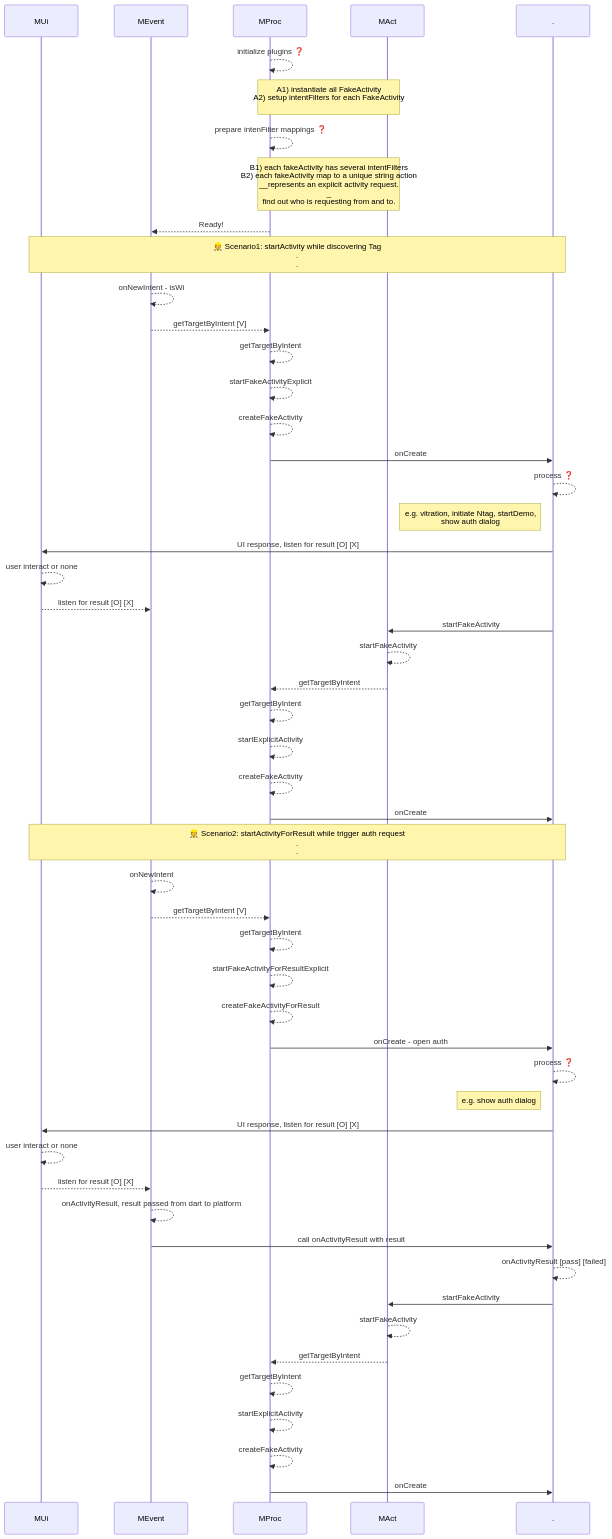
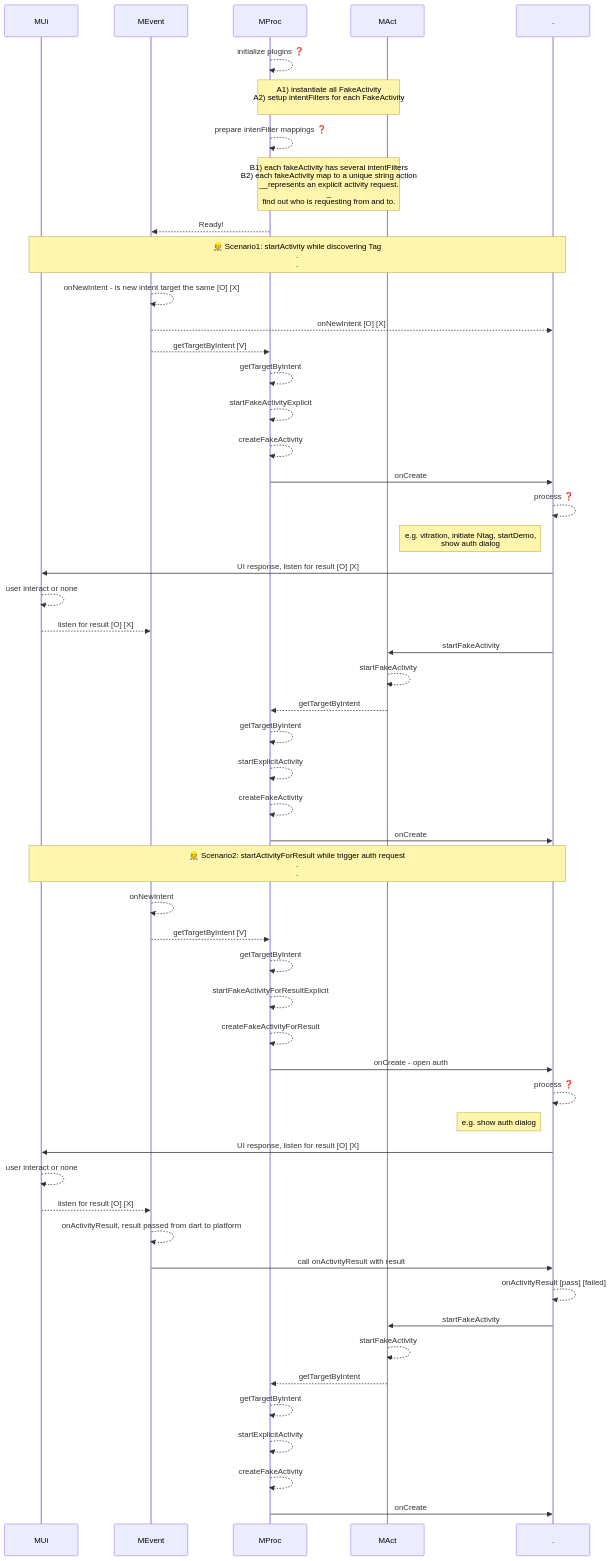
Before and after one commit to gordianknotC/nxp_note: the third of 7 diagrams in flutter/android_to_flutter.md, drawn with Mermaid. The commit also changed other lines of this file, not shown here.

````diff
--- a/flutter/android_to_flutter.md
+++ b/flutter/android_to_flutter.md
@@ -52,65 +52,66 @@
 ```mermaid
 sequenceDiagram
 participant MUi
 participant MEvent
 participant MProc
 participant MAct
 participant .
 
 MProc-->>MProc: initialize plugins ❓
 Note over MProc,MAct: A1) instantiate all FakeActivity<br>A2) setup intentFilters for each FakeActivity<br>
 
 MProc-->>MProc: prepare intenFilter mappings ❓
 
 Note over MProc, MAct: B1) each fakeActivity has several intentFilters<br>B2) each fakeActivity map to a unique string action<br>__represents an explicit activity request.<br>_<br> find out who is requesting from and to.
 
 MProc-->>MEvent: Ready!
 
 
 Note over MUi, .: 👷 Scenario1: startActivity while discovering Tag<br>.<br>.
-MEvent-->>MEvent: onNewIntent - isWi
+MEvent-->>MEvent: onNewIntent - is new intent target the same [O] [X]
+MEvent-->>. : onNewIntent [O] [X]
 
 MEvent-->>MProc: getTargetByIntent [V]
 MProc-->>MProc: getTargetByIntent
 MProc-->>MProc: startFakeActivityExplicit
 MProc-->>MProc: createFakeActivity
 MProc->> . : onCreate
 . -->> . : process ❓
 Note left of .: e.g. vitration, initiate Ntag, startDemo,<br>show auth dialog
 . ->> MUi: UI response, listen for result [O] [X]
 MUi -->> MUi: user interact or none
 MUi -->> MEvent: listen for result  [O] [X]
 . ->> MAct: startFakeActivity
 MAct -->> MAct: startFakeActivity
 MAct -->> MProc: getTargetByIntent
 MProc -->> MProc: getTargetByIntent
 MProc -->> MProc: startExplicitActivity
 MProc -->> MProc: createFakeActivity
 MProc ->> . : onCreate
 
 
 Note over MUi, .: 👷 Scenario2: startActivityForResult while trigger auth request<br>.<br>.
 MEvent-->>MEvent: onNewIntent
 MEvent-->>MProc: getTargetByIntent [V]
 MProc-->>MProc: getTargetByIntent
 MProc-->>MProc: startFakeActivityForResultExplicit
 MProc-->>MProc: createFakeActivityForResult
 MProc->> . : onCreate - open auth
 . -->> . : process ❓
 Note left of .: e.g. show auth dialog
 . ->> MUi: UI response, listen for result [O] [X]
 MUi -->> MUi: user interact or none
 MUi -->> MEvent: listen for result  [O] [X]
 MEvent -->> MEvent: onActivityResult, result passed from dart to platform
 MEvent ->> . : call onActivityResult with result
 . -->> . : onActivityResult [pass] [failed]
 . ->> MAct: startFakeActivity
 MAct -->> MAct: startFakeActivity
 MAct -->> MProc: getTargetByIntent
 MProc -->> MProc: getTargetByIntent
 MProc -->> MProc: startExplicitActivity
 MProc -->> MProc: createFakeActivity
 MProc ->> . : onCreate  
 
 
 ```
````
